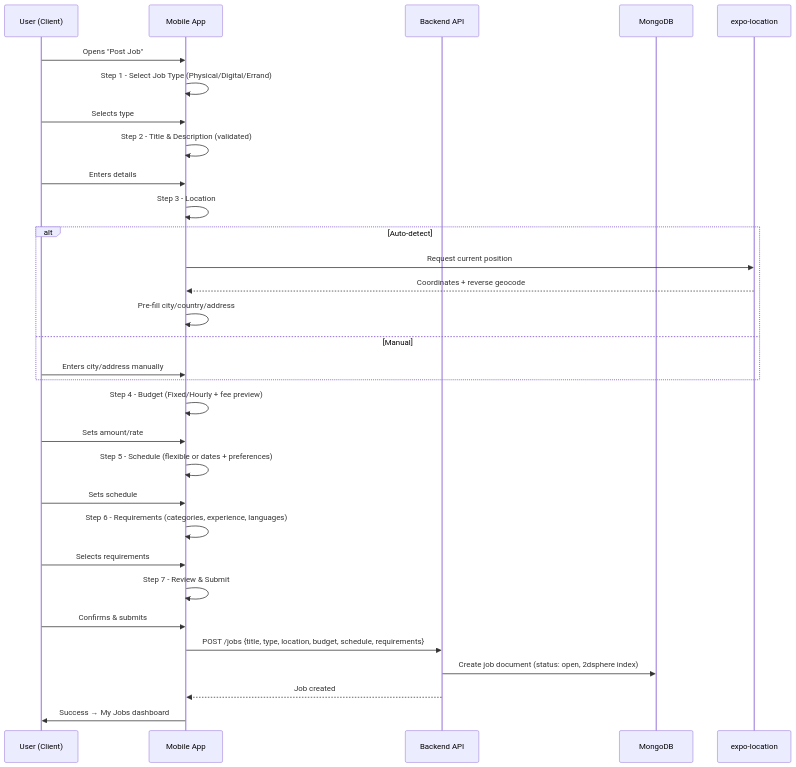
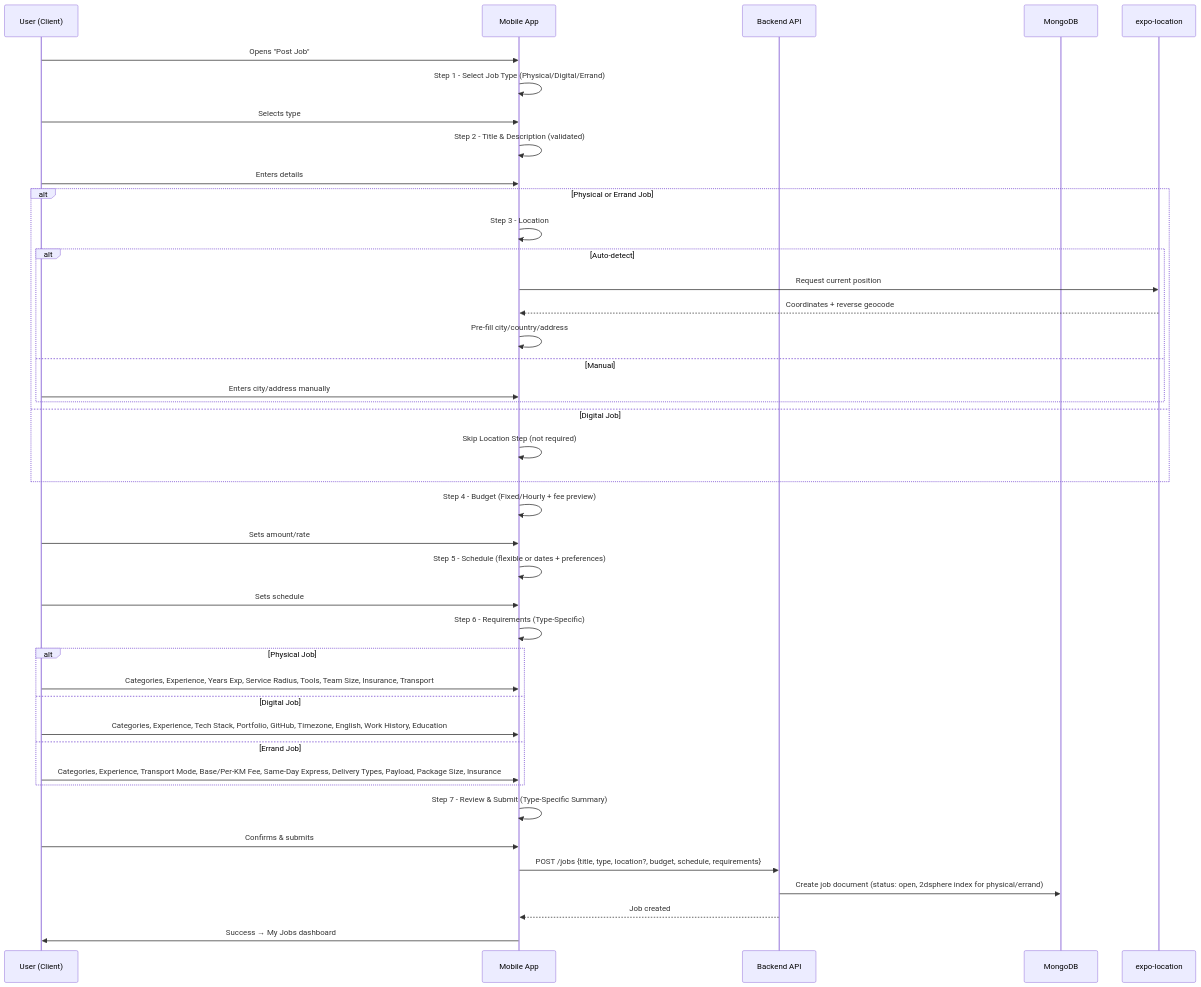
One commit to Ubaid123678/DO_IT_Platfom changed the third of 8 diagrams in docs/PHASE_4_JOBS_CORE.md. Above: the diagram before and after it, drawn with Mermaid. The commit also changed other lines of this file and 12 other files, not shown here.

Commit message:
feat: add ErrandRequirementsStep and PhysicalRequirementsStep components for job posting requirements

````diff
--- a/docs/PHASE_4_JOBS_CORE.md
+++ b/docs/PHASE_4_JOBS_CORE.md
@@ -117,34 +117,48 @@
 ```mermaid
 sequenceDiagram
     participant U as User (Client)
     participant App as Mobile App
     participant API as Backend API
     participant DB as MongoDB
     participant Loc as expo-location
 
     U->>App: Opens "Post Job"
     App->>App: Step 1 - Select Job Type (Physical/Digital/Errand)
     U->>App: Selects type
     App->>App: Step 2 - Title & Description (validated)
     U->>App: Enters details
-    App->>App: Step 3 - Location
-    alt Auto-detect
-        App->>Loc: Request current position
-        Loc-->>App: Coordinates + reverse geocode
-        App->>App: Pre-fill city/country/address
-    else Manual
-        U->>App: Enters city/address manually
+    
+    alt Physical or Errand Job
+        App->>App: Step 3 - Location
+        alt Auto-detect
+            App->>Loc: Request current position
+            Loc-->>App: Coordinates + reverse geocode
+            App->>App: Pre-fill city/country/address
+        else Manual
+            U->>App: Enters city/address manually
+        end
+    else Digital Job
+        App->>App: Skip Location Step (not required)
     end
+    
     App->>App: Step 4 - Budget (Fixed/Hourly + fee preview)
     U->>App: Sets amount/rate
     App->>App: Step 5 - Schedule (flexible or dates + preferences)
     U->>App: Sets schedule
-    App->>App: Step 6 - Requirements (categories, experience, languages)
-    U->>App: Selects requirements
-    App->>App: Step 7 - Review & Submit
+    App->>App: Step 6 - Requirements (Type-Specific)
+    
+    alt Physical Job
+        U->>App: Categories, Experience, Years Exp, Service Radius, Tools, Team Size, Insurance, Transport
+    else Digital Job
+        U->>App: Categories, Experience, Tech Stack, Portfolio, GitHub, Timezone, English, Work History, Education
+    else Errand Job
+        U->>App: Categories, Experience, Transport Mode, Base/Per-KM Fee, Same-Day Express, Delivery Types, Payload, Package Size, Insurance
+    end
+    
+    App->>App: Step 7 - Review & Submit (Type-Specific Summary)
     U->>App: Confirms & submits
-    App->>API: POST /jobs {title, type, location, budget, schedule, requirements}
-    API->>DB: Create job document (status: open, 2dsphere index)
+    App->>API: POST /jobs {title, type, location?, budget, schedule, requirements}
+    API->>DB: Create job document (status: open, 2dsphere index for physical/errand)
     API-->>App: Job created
     App->>U: Success → My Jobs dashboard
 ```
````
